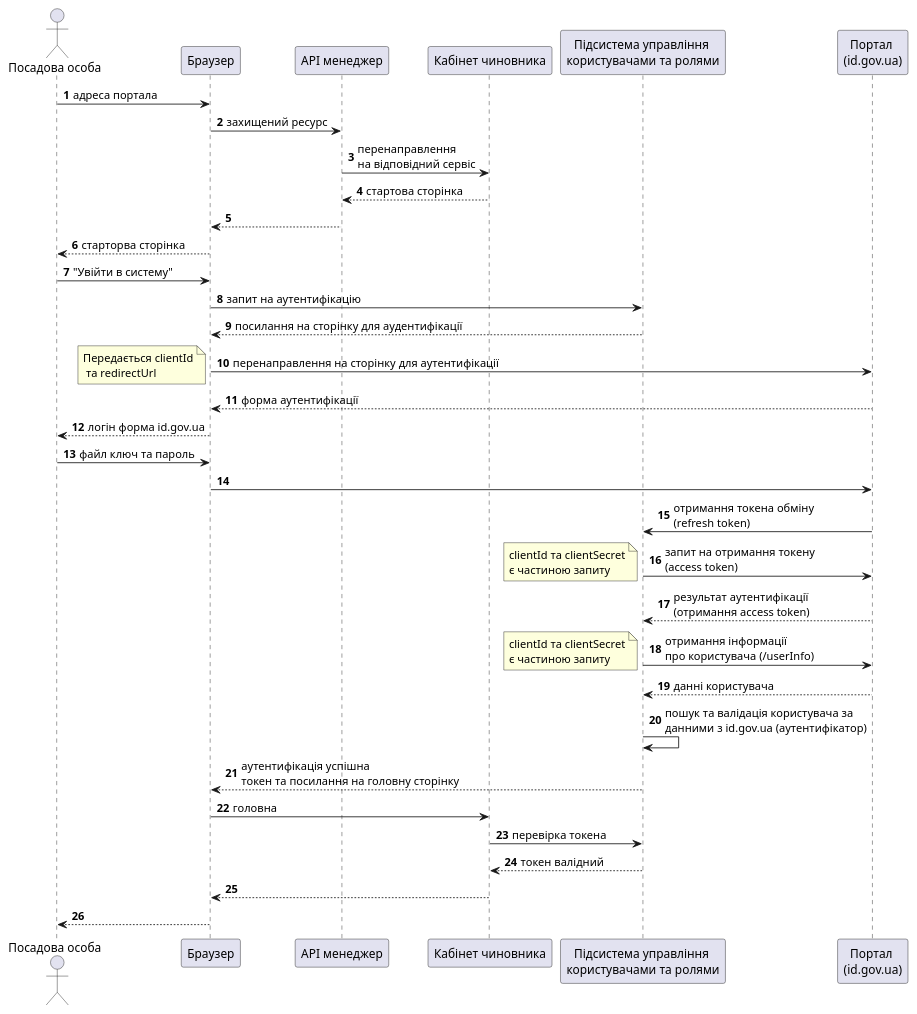
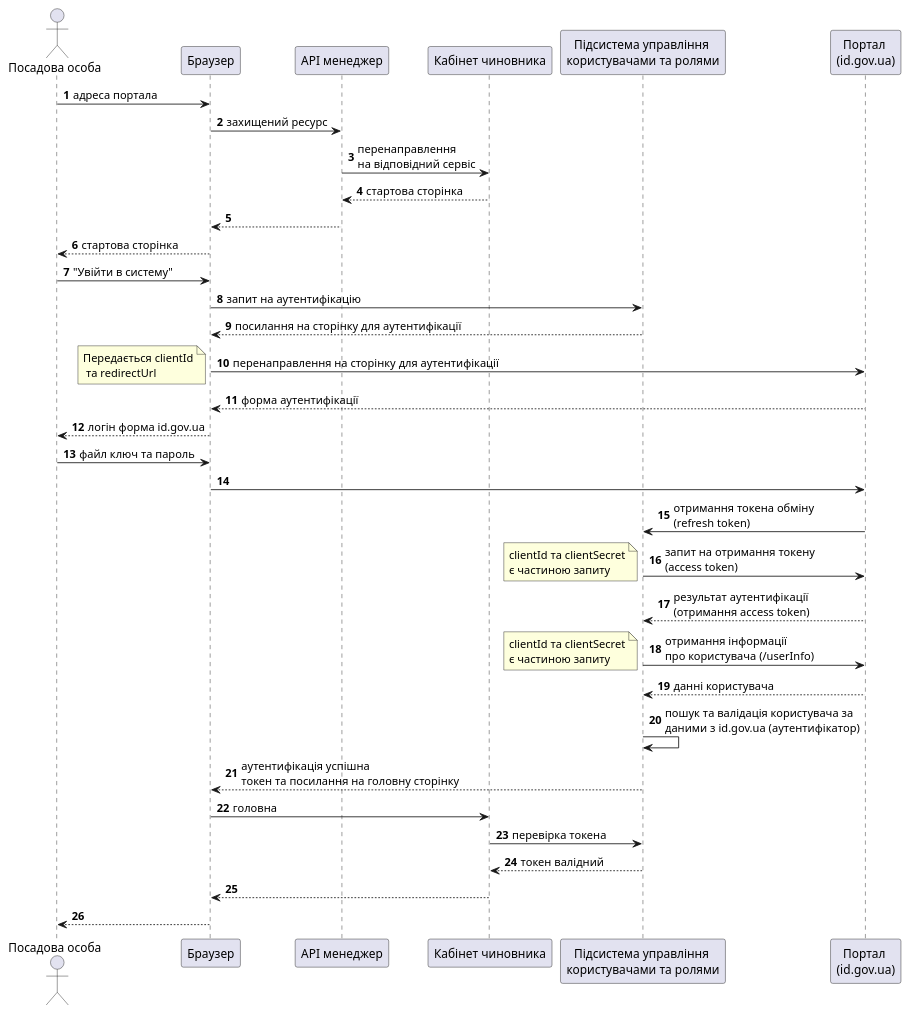
The first of 2 diagrams in modules/arch/pages/architecture-workspace/platform-evolution/id-gov-ua-flow.adoc (epam/edp-ddm-architecture), drawn with PlantUML before and after one commit. The commit also changed other lines of this file, not shown here.

Commit message:
[EDP-DDM-21264] Platform architecture documentation structure

```diff
--- a/modules/arch/pages/architecture-workspace/platform-evolution/id-gov-ua-flow.adoc
+++ b/modules/arch/pages/architecture-workspace/platform-evolution/id-gov-ua-flow.adoc
@@ -21,48 +26,48 @@
 [plantuml, flow, svg]
 ----
 @startuml
 autonumber
 actor "Посадова особа" as officer
 participant "Браузер" as browser
 participant "API менеджер" as api
 participant "Кабінет чиновника" as portal
 participant "Підсистема управління \nкористувачами та ролями" as key
 
 participant "Портал \n(id.gov.ua)" as idgov
 
 officer -> browser: адреса портала
 browser -> api: захищений ресурс
 api -> portal: перенаправлення\nна відповідний сервіс
 return стартова сторінка
 api --> browser
-browser --> officer: старторва сторінка
+browser --> officer: стартова сторінка
 
 officer -> browser: "Увійти в систему"
 browser -> key: запит на аутентифікацію
 
-return посилання на сторінку для аудентифікації
+return посилання на сторінку для аутентифікації
 browser -> idgov: перенаправлення на сторінку для аутентифікації
 note left: Передається clientId\n та redirectUrl
 return форма аутентифікації
 browser --> officer: логін форма id.gov.ua
 
 officer -> browser: файл ключ та пароль
 browser -> idgov
 idgov -> key: отримання токена обміну \n(refresh token)
 key -> idgov: запит на отримання токену\n(access token)
 note left:clientId та clientSecret\nє частиною запиту
 idgov --> key: результат аутентифікації\n(отримання access token)
 
 key -> idgov: отримання інформації \nпро користувача (/userInfo)
 note left:clientId та clientSecret\nє частиною запиту
 return данні користувача
 
-key -> key: пошук та валідація користувача за\nданними з id.gov.ua (аутентифікатор)
+key -> key: пошук та валідація користувача за\nданими з id.gov.ua (аутентифікатор)
 key --> browser: аутентифікація успішна\nтокен та посилання на головну сторінку
 browser -> portal: головна
 portal -> key: перевірка токена
 return токен валідний
 portal --> browser
 browser --> officer
 @enduml
 ----
```
